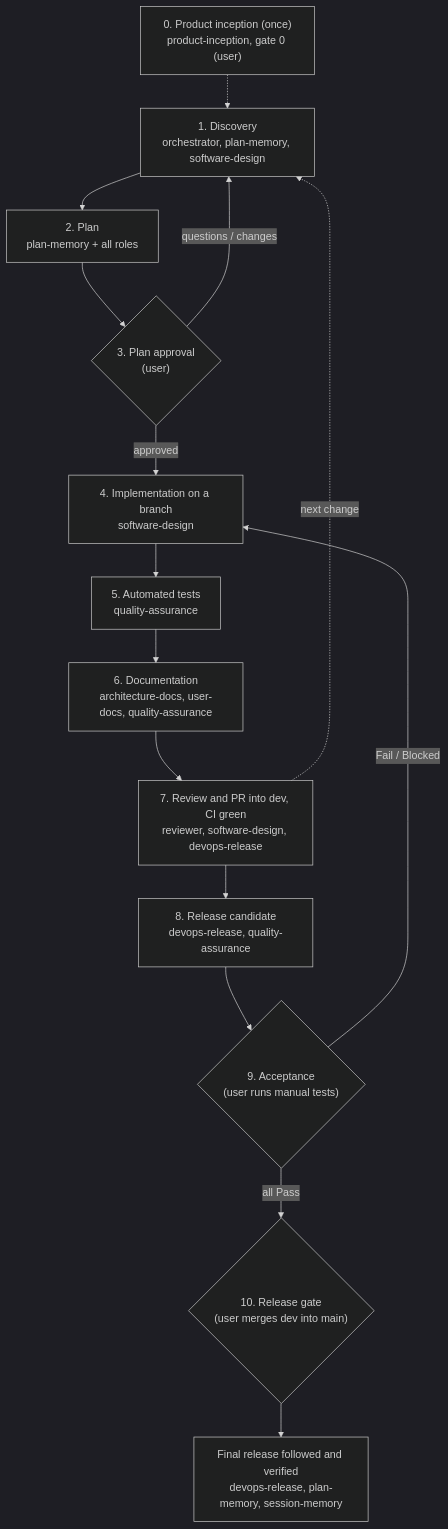
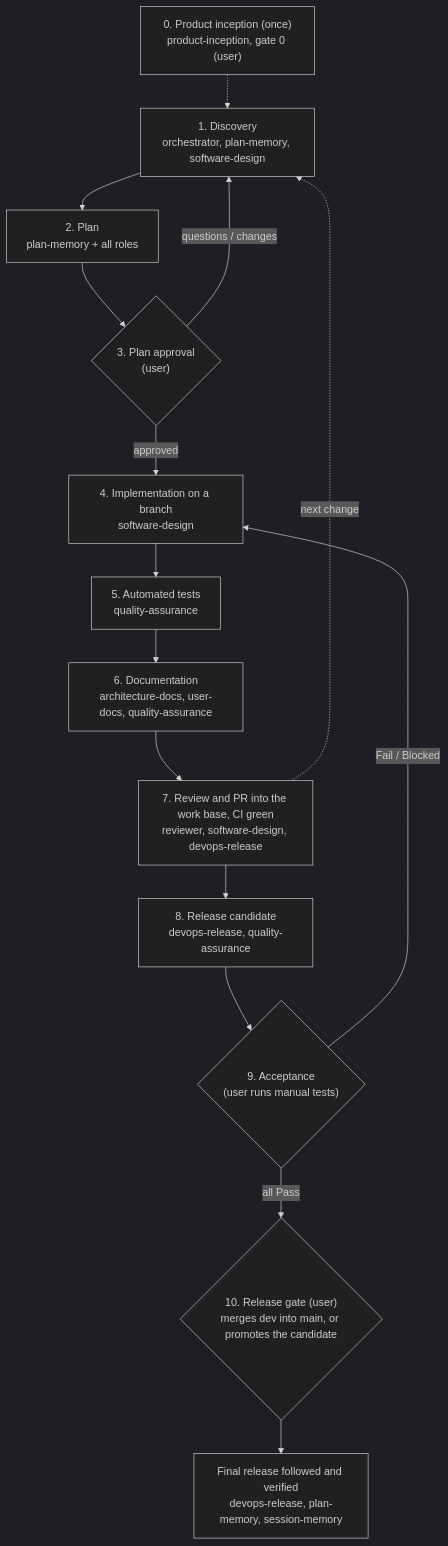
Before and after one commit to Levix-Digital/ai-code-agent-skills: the diagram in dev-cycle-protocol/SKILL.md, drawn with Mermaid (dark theme). The commit also changed other lines of this file and 12 other files, not shown here.

````diff
--- a/dev-cycle-protocol/SKILL.md
+++ b/dev-cycle-protocol/SKILL.md
@@ -70,17 +70,17 @@
 ```mermaid
 graph TD
     P0["0. Product inception (once)<br/>product-inception, gate 0 (user)"] -.-> P1
     P1["1. Discovery<br/>orchestrator, plan-memory, software-design"] --> P2["2. Plan<br/>plan-memory + all roles"]
     P2 --> G3{"3. Plan approval<br/>(user)"}
     G3 -- "questions / changes" --> P1
     G3 -- "approved" --> P4["4. Implementation on a branch<br/>software-design"]
     P4 --> P5["5. Automated tests<br/>quality-assurance"]
     P5 --> P6["6. Documentation<br/>architecture-docs, user-docs, quality-assurance"]
-    P6 --> P7["7. Review and PR into dev, CI green<br/>reviewer, software-design, devops-release"]
+    P6 --> P7["7. Review and PR into the work base, CI green<br/>reviewer, software-design, devops-release"]
     P7 -. "next change" .-> P1
     P7 --> P8["8. Release candidate<br/>devops-release, quality-assurance"]
     P8 --> G9{"9. Acceptance<br/>(user runs manual tests)"}
     G9 -- "Fail / Blocked" --> P4
-    G9 -- "all Pass" --> G10{"10. Release gate<br/>(user merges dev into main)"}
+    G9 -- "all Pass" --> G10{"10. Release gate (user)<br/>merges dev into main, or promotes the candidate"}
     G10 --> P11["Final release followed and verified<br/>devops-release, plan-memory, session-memory"]
 ```
````
